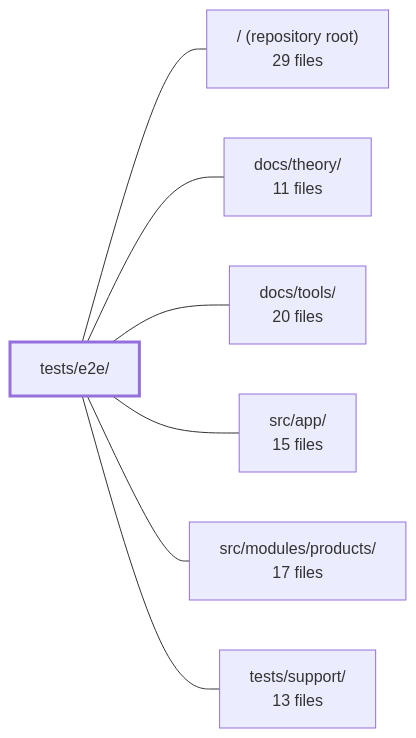
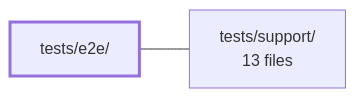
Before and after one commit to Guebbit/boilerplate-vue-frontend: the diagram in .2repo/modules/boilerplate-vue-frontend_tests_e2e.md, drawn with Mermaid. The commit also changed other lines of this file and 335 other files, not shown here.

````diff
--- a/.2repo/modules/boilerplate-vue-frontend_tests_e2e.md
+++ b/.2repo/modules/boilerplate-vue-frontend_tests_e2e.md
@@ -38,17 +40,7 @@
 ```mermaid
 flowchart LR
     m_tests_e2e["tests/e2e/"]
-    m_root["/ (repository root)<br/>29 files"]
-    m_docs_theory["docs/theory/<br/>11 files"]
-    m_docs_tools["docs/tools/<br/>20 files"]
-    m_src_app["src/app/<br/>15 files"]
-    m_src_modules_products["src/modules/products/<br/>17 files"]
     m_tests_support["tests/support/<br/>13 files"]
-    m_tests_e2e --- m_root
-    m_tests_e2e --- m_docs_theory
-    m_tests_e2e --- m_docs_tools
-    m_tests_e2e --- m_src_app
-    m_tests_e2e --- m_src_modules_products
     m_tests_e2e --- m_tests_support
     style m_tests_e2e stroke-width:3px
 ```
````
